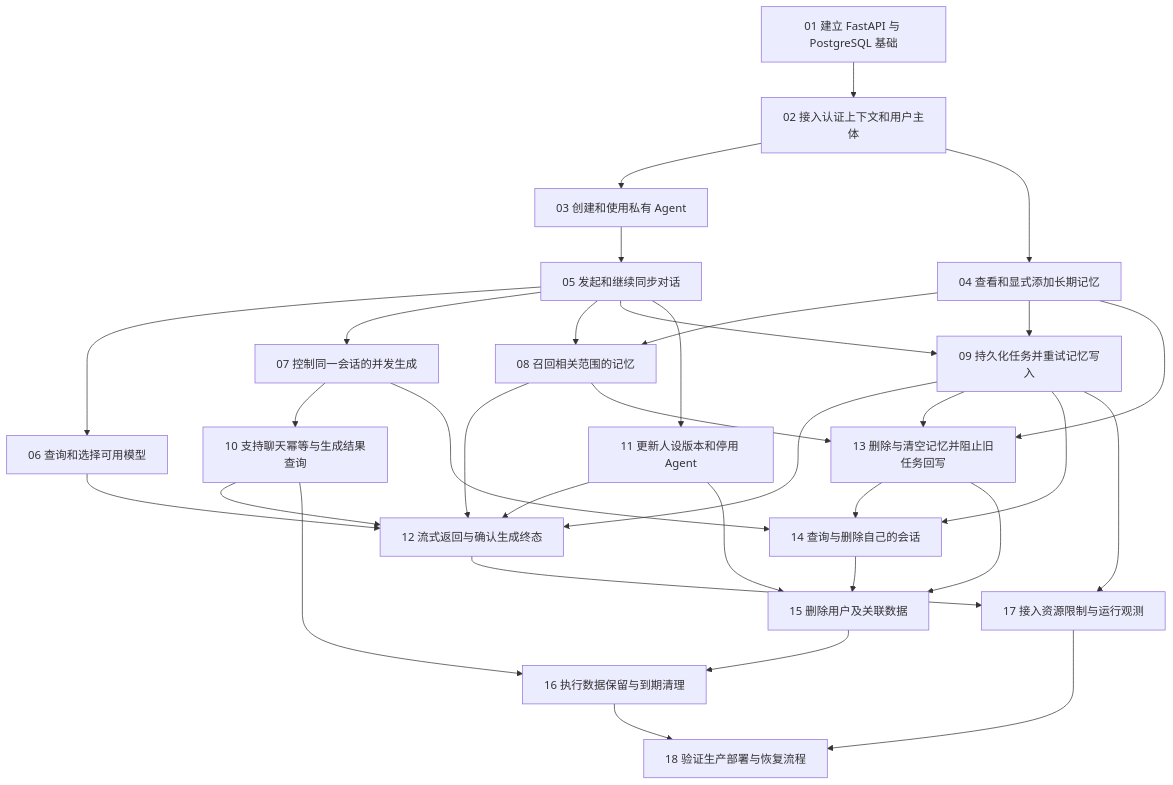
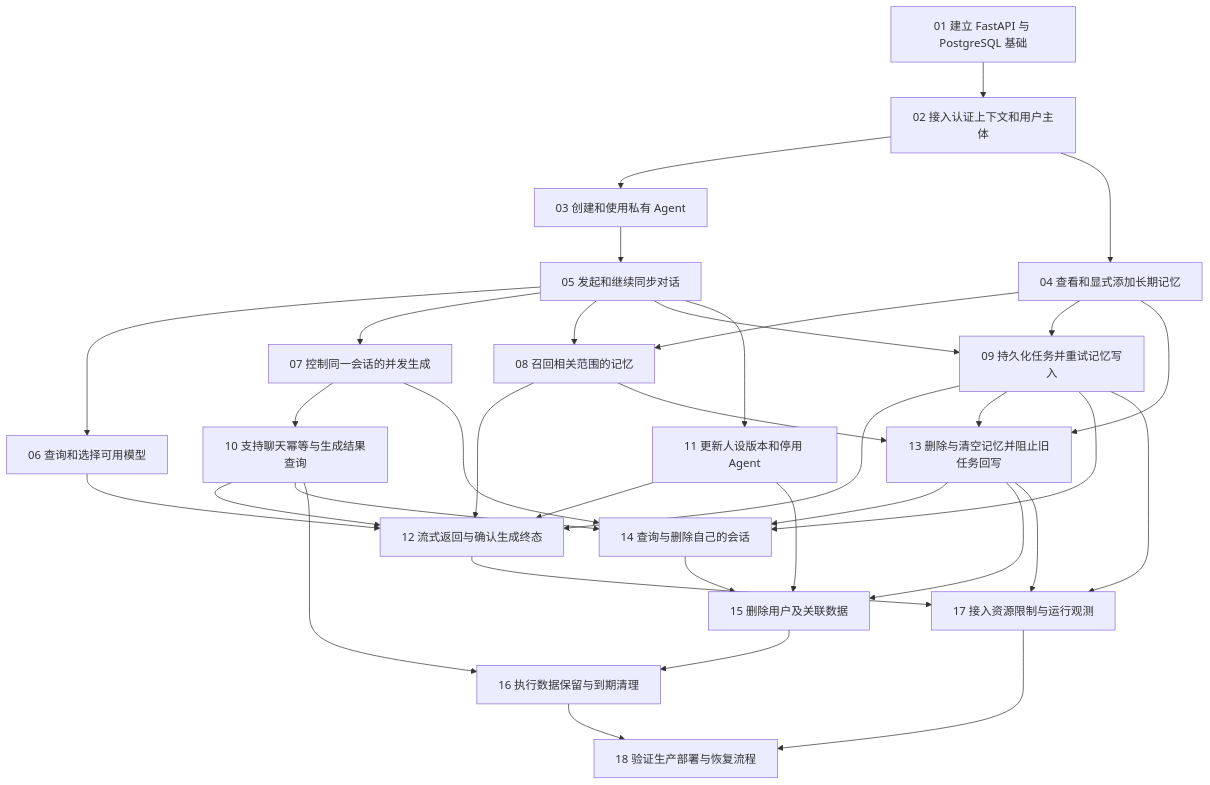
One commit to AkikoJ/mem-ai changed the diagram in .scratch/ai-chat-memory/spec.md. Above: the diagram before and after it, drawn with Mermaid. The commit also changed other lines of this file and 19 other files, not shown here.

````diff
--- a/.scratch/ai-chat-memory/spec.md
+++ b/.scratch/ai-chat-memory/spec.md
@@ -284,53 +284,55 @@
 ```mermaid
 graph TD
     T01["01 建立 FastAPI 与 PostgreSQL 基础"]
     T02["02 接入认证上下文和用户主体"]
     T03["03 创建和使用私有 Agent"]
     T04["04 查看和显式添加长期记忆"]
     T05["05 发起和继续同步对话"]
     T06["06 查询和选择可用模型"]
     T07["07 控制同一会话的并发生成"]
     T08["08 召回相关范围的记忆"]
     T09["09 持久化任务并重试记忆写入"]
     T10["10 支持聊天幂等与生成结果查询"]
     T11["11 更新人设版本和停用 Agent"]
     T12["12 流式返回与确认生成终态"]
     T13["13 删除与清空记忆并阻止旧任务回写"]
     T14["14 查询与删除自己的会话"]
     T15["15 删除用户及关联数据"]
     T16["16 执行数据保留与到期清理"]
     T17["17 接入资源限制与运行观测"]
     T18["18 验证生产部署与恢复流程"]
     T01 --> T02
     T02 --> T03
     T02 --> T04
     T03 --> T05
     T05 --> T06
     T05 --> T07
     T04 --> T08
     T05 --> T08
     T04 --> T09
     T05 --> T09
     T07 --> T10
     T05 --> T11
     T06 --> T12
     T08 --> T12
     T09 --> T12
     T10 --> T12
     T11 --> T12
     T04 --> T13
     T08 --> T13
     T09 --> T13
     T07 --> T14
     T09 --> T14
+    T10 --> T14
     T13 --> T14
     T11 --> T15
     T13 --> T15
     T14 --> T15
     T10 --> T16
     T15 --> T16
     T09 --> T17
     T12 --> T17
+    T13 --> T17
     T16 --> T18
     T17 --> T18
 ```
````
